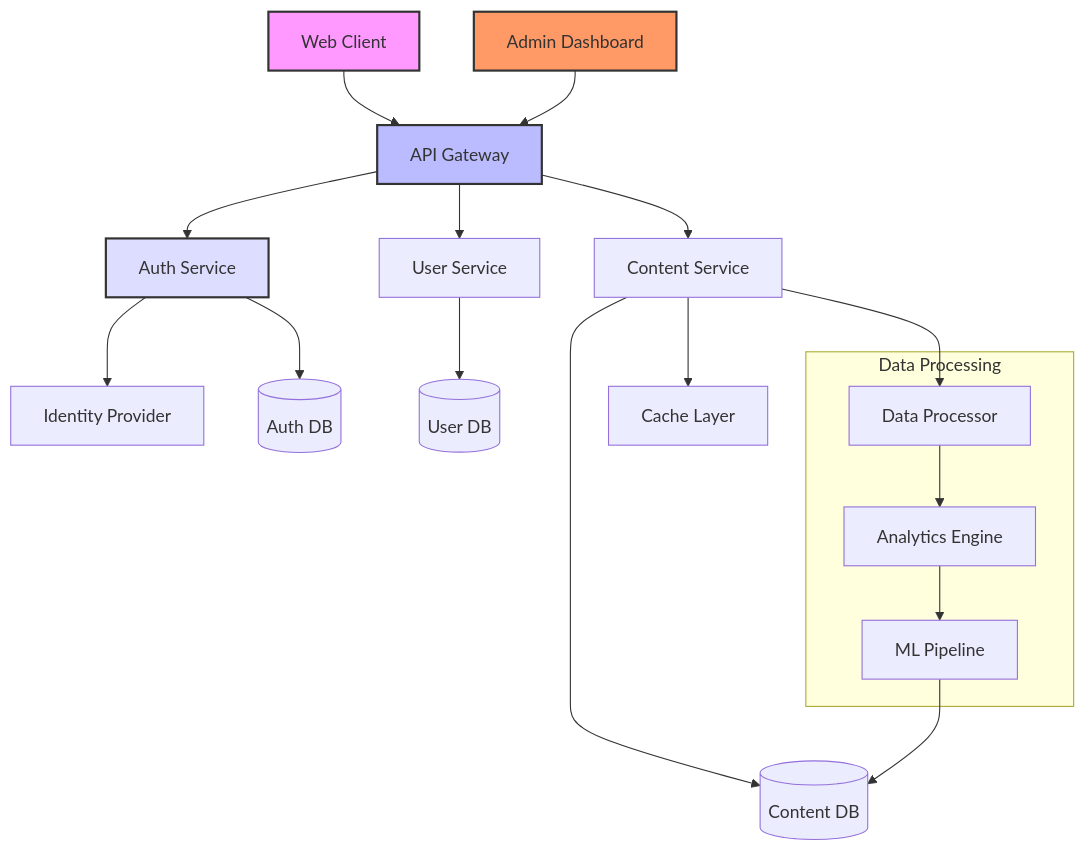
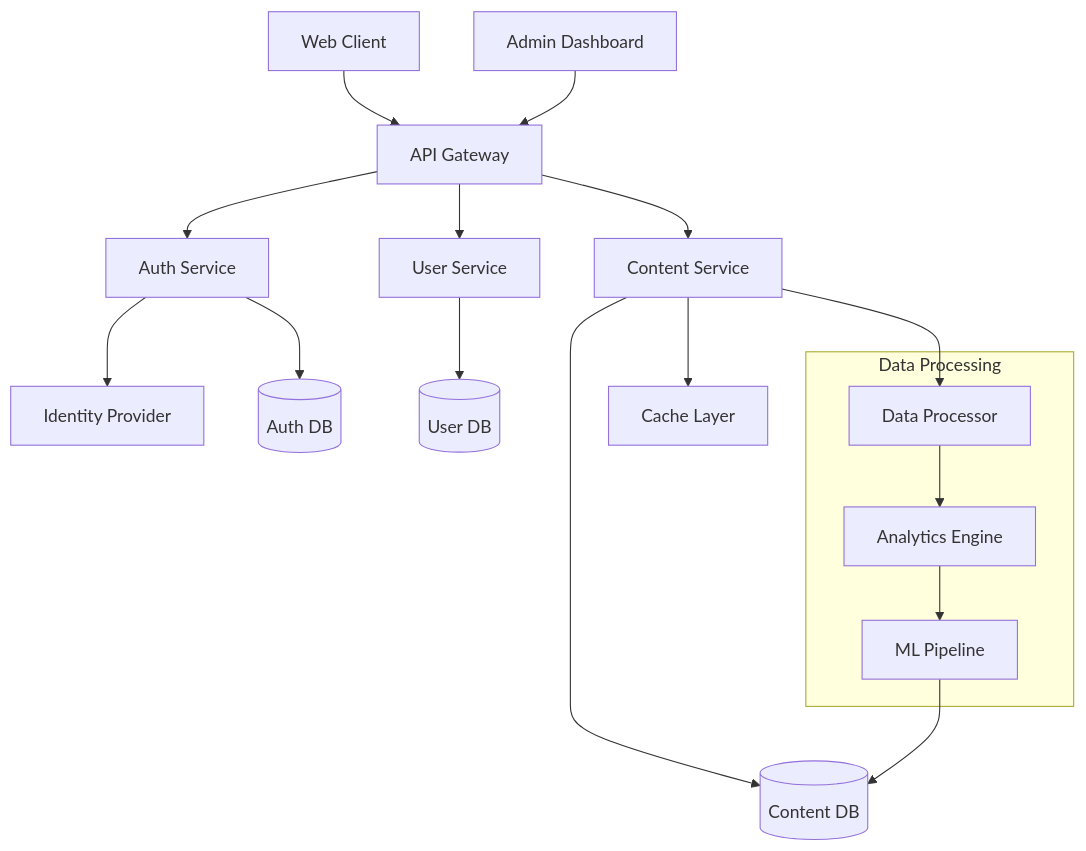
The diagram in modules/darwin/home/neovim/system-architecture.md (roshbhatia/sysinit), drawn with Mermaid before and after one commit. The commit also changed other lines of this file and 2 other files, not shown here.

````diff
--- a/modules/darwin/home/neovim/system-architecture.md
+++ b/modules/darwin/home/neovim/system-architecture.md
@@ -1,32 +1,27 @@
 ```mermaid
 graph TD
     A[Web Client] --> B[API Gateway]
     B --> C[Auth Service]
     B --> D[User Service]
     B --> E[Content Service]
 
     D --> F[(User DB)]
     E --> G[(Content DB)]
     E --> H[Cache Layer]
 
     C --> I[Identity Provider]
     C --> J[(Auth DB)]
 
     K[Admin Dashboard] --> B
 
     subgraph Data Processing
     L[Data Processor]
     M[Analytics Engine]
     N[ML Pipeline]
     end
 
     E --> L
     L --> M
     M --> N
     N --> G
-
-    style A fill:#f9f,stroke:#333,stroke-width:2px
-    style B fill:#bbf,stroke:#333,stroke-width:2px
-    style C fill:#ddf,stroke:#333,stroke-width:2px
-    style K fill:#f96,stroke:#333,stroke-width:2px
 ```
````
